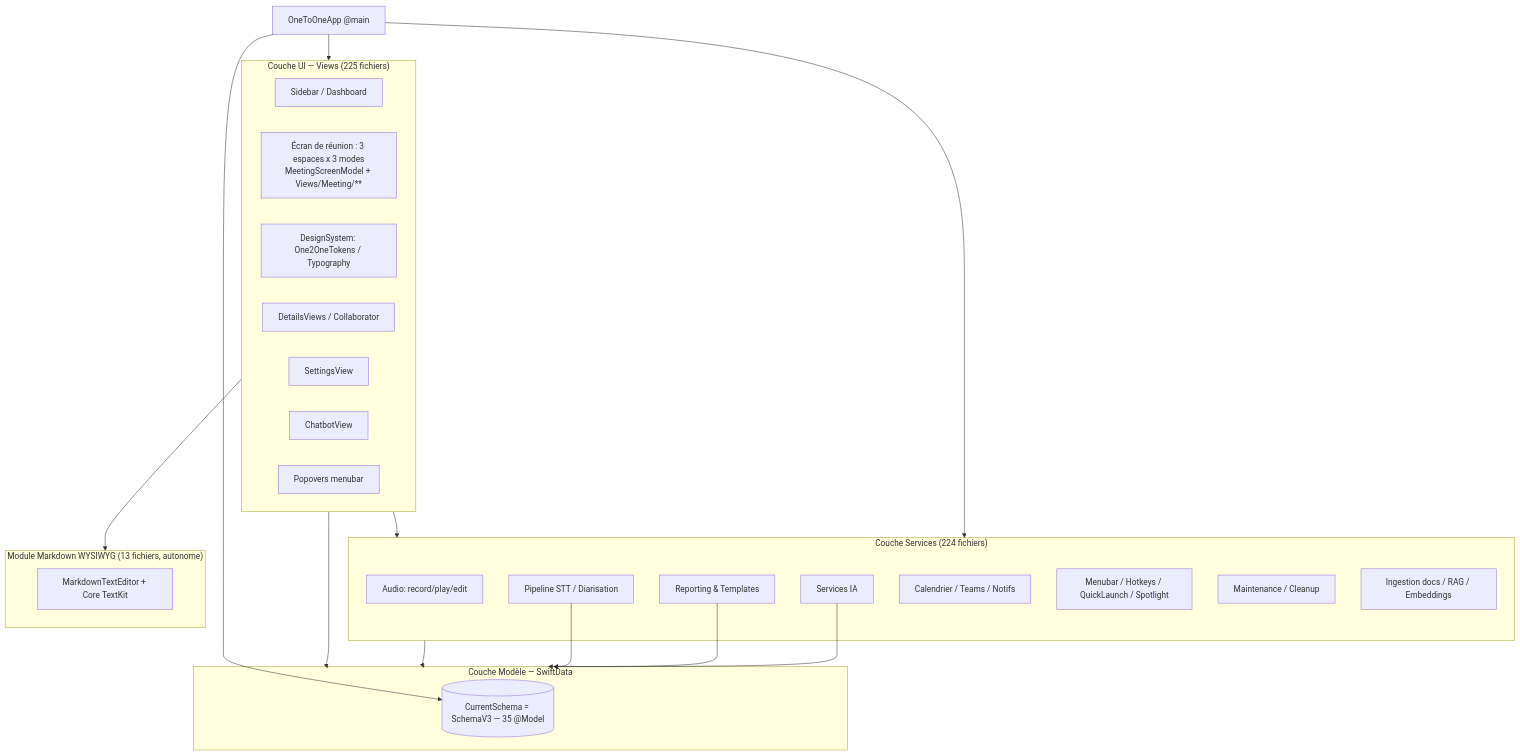
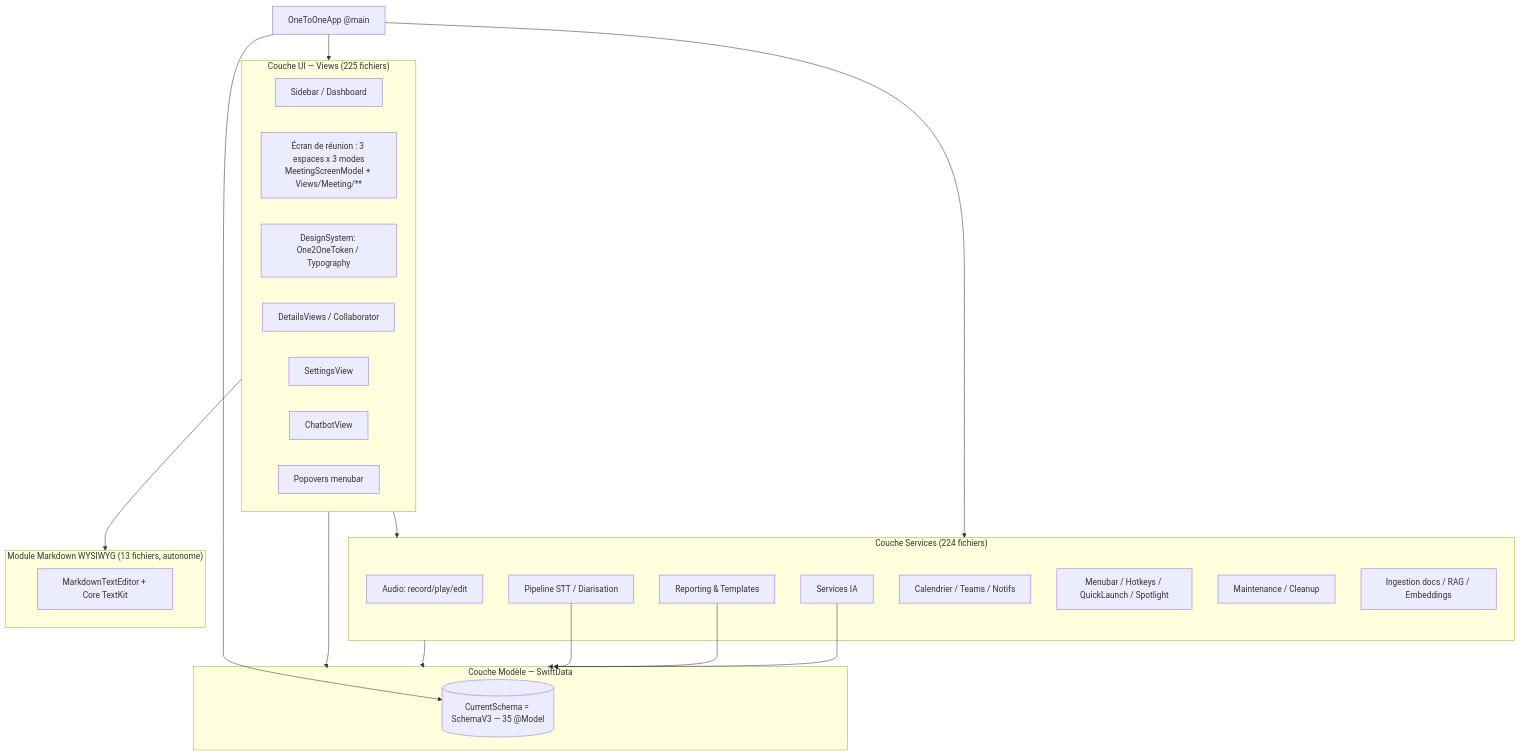
One commit to ldb2000/One2One changed the first of 5 diagrams in docs/architecture.md. Above: the diagram before and after it, drawn with Mermaid. The commit also changed other lines of this file and 1 other file, not shown here.

Commit message:
docs(architecture): ReportTemplating et ExternalServices cités comme fichiers ; libellé One2OneToken

````diff
--- a/docs/architecture.md
+++ b/docs/architecture.md
@@ -68,43 +68,43 @@
 ```mermaid
 graph TD
     subgraph UI["Couche UI — Views (225 fichiers)"]
         SIDEBAR[Sidebar / Dashboard]
         MEETING["Écran de réunion : 3 espaces x 3 modes<br/>MeetingScreenModel + Views/Meeting/**"]
-        TOKENS[DesignSystem: One2OneTokens / Typography]
+        TOKENS[DesignSystem: One2OneToken / Typography]
         DETAILS[DetailsViews / Collaborator]
         SETTINGS[SettingsView]
         CHATBOT[ChatbotView]
         MENUBAR_UI[Popovers menubar]
     end
 
     subgraph SVC["Couche Services (224 fichiers)"]
         AI[Services IA]
         STT[Pipeline STT / Diarisation]
         REPORT[Reporting & Templates]
         AUDIO[Audio: record/play/edit]
         CAL[Calendrier / Teams / Notifs]
         SYS[Menubar / Hotkeys / QuickLaunch / Spotlight]
         MAINT[Maintenance / Cleanup]
         IMPORT[Ingestion docs / RAG / Embeddings]
     end
 
     subgraph MODEL["Couche Modèle — SwiftData"]
         SCHEMA[("CurrentSchema = SchemaV3 — 35 @Model")]
     end
 
     subgraph MD["Module Markdown WYSIWYG (13 fichiers, autonome)"]
         EDITOR[MarkdownTextEditor + Core TextKit]
     end
 
     UI --> SVC
     UI --> MODEL
     SVC --> MODEL
     UI --> MD
     STT --> MODEL
     REPORT --> MODEL
     AI --> MODEL
 
     APP[OneToOneApp @main] --> UI
     APP --> SVC
     APP --> SCHEMA
 ```
````
